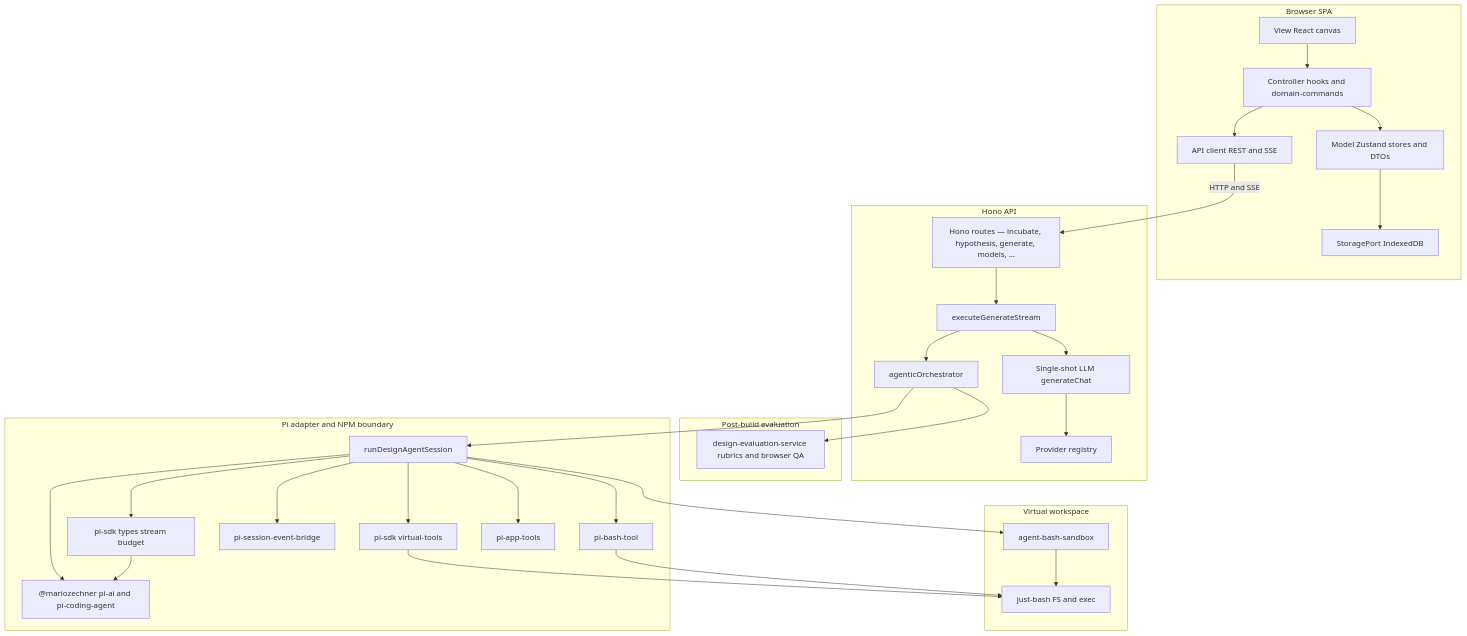
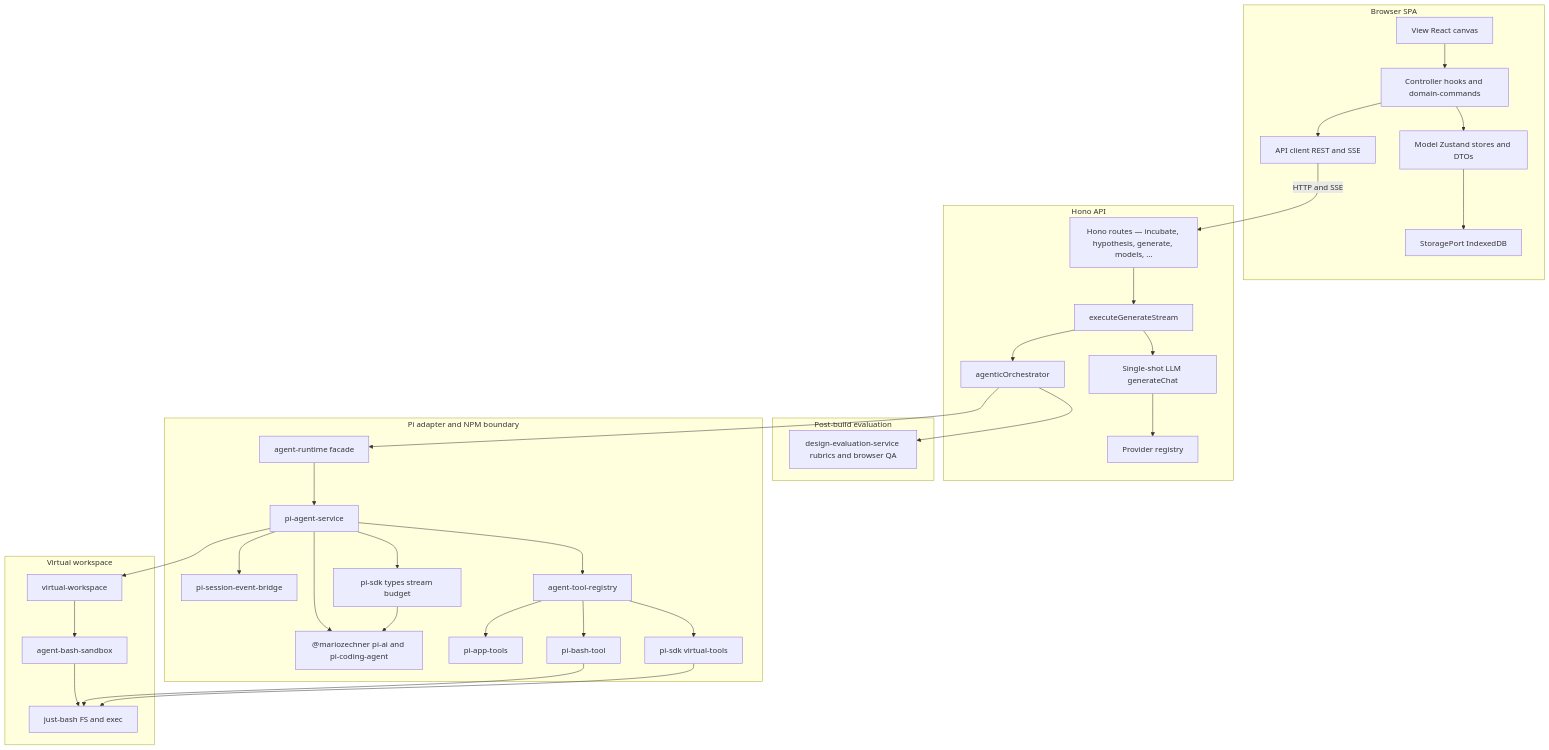
The second of 4 diagrams in ARCHITECTURE.md (wolfyy970/designer), drawn with Mermaid before and after one commit. The commit also changed other lines of this file and 154 other files, not shown here.

````diff
--- a/ARCHITECTURE.md
+++ b/ARCHITECTURE.md
@@ -43,61 +43,67 @@
 ```mermaid
 flowchart TB
   subgraph client [Browser SPA]
     viewLayer[View React canvas]
     controllerLayer[Controller hooks and domain-commands]
     modelLayer[Model Zustand stores and DTOs]
     storagePort[StoragePort IndexedDB]
     apiClient[API client REST and SSE]
     viewLayer --> controllerLayer
     controllerLayer --> modelLayer
     controllerLayer --> apiClient
     modelLayer --> storagePort
   end
 
   subgraph server [Hono API]
     routes[Hono routes — incubate, hypothesis, generate, models, …]
     genExec[executeGenerateStream]
     singleShot[Single-shot LLM generateChat]
     providers[Provider registry]
     agentOrch[agenticOrchestrator]
     routes --> genExec
     genExec --> singleShot
     genExec --> agentOrch
     singleShot --> providers
   end
 
   subgraph evaluation [Post-build evaluation]
     evalSvc[design-evaluation-service rubrics and browser QA]
   end
 
   subgraph piAdapter [Pi adapter and NPM boundary]
-    runSession[runDesignAgentSession]
+    runtime[agent-runtime facade]
+    runSession[pi-agent-service]
+    toolRegistry[agent-tool-registry]
     virtualTools[pi-sdk virtual-tools]
     piSdkRest[pi-sdk types stream budget]
     piNpm["@mariozechner pi-ai and pi-coding-agent"]
     eventBridge[pi-session-event-bridge]
     bashTool[pi-bash-tool]
     appTools[pi-app-tools]
-    runSession --> virtualTools
+    runtime --> runSession
+    runSession --> toolRegistry
+    toolRegistry --> virtualTools
+    toolRegistry --> bashTool
+    toolRegistry --> appTools
     runSession --> piSdkRest
     runSession --> piNpm
     runSession --> eventBridge
-    runSession --> bashTool
-    runSession --> appTools
     piSdkRest --> piNpm
   end
 
   subgraph vws [Virtual workspace]
+    workspaceContract[virtual-workspace]
     sandboxSeed[agent-bash-sandbox]
     bashRuntime[just-bash FS and exec]
+    workspaceContract --> sandboxSeed
     sandboxSeed --> bashRuntime
   end
 
   agentOrch --> evalSvc
-  agentOrch --> runSession
-  runSession --> sandboxSeed
+  agentOrch --> runtime
+  runSession --> workspaceContract
   virtualTools --> bashRuntime
   bashTool --> bashRuntime
 
   apiClient -->|HTTP and SSE| routes
 ```
````
